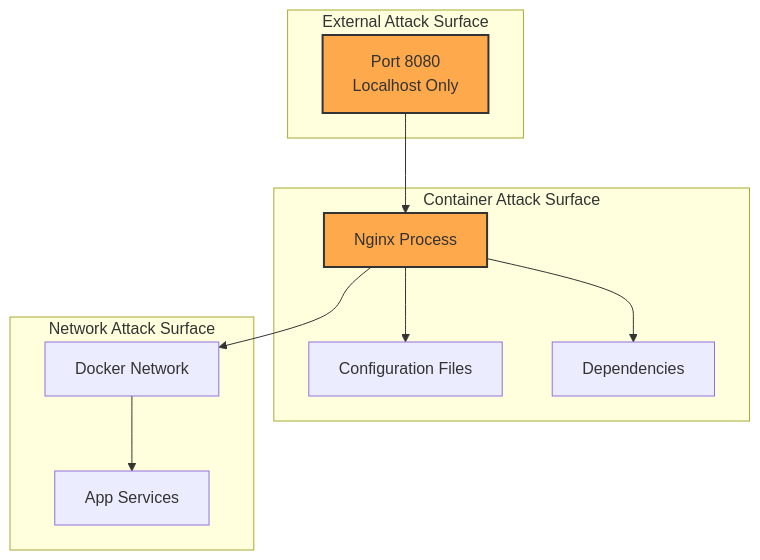
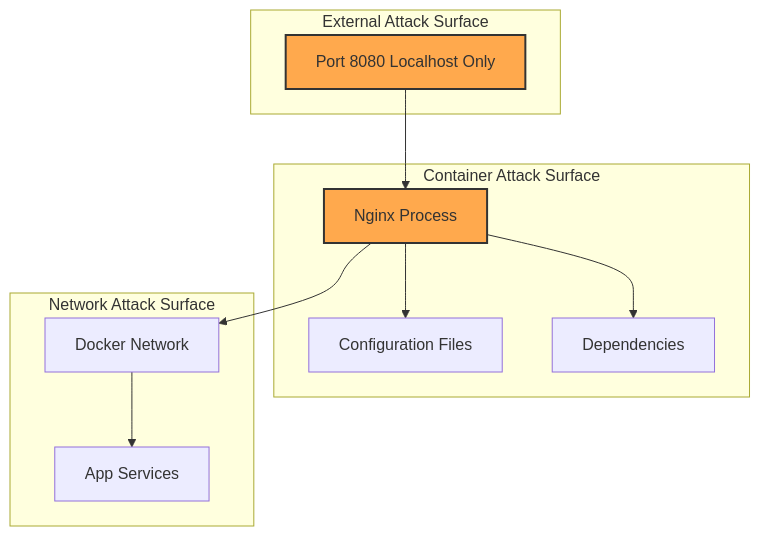
The third of 17 diagrams in wiki/Security.md (softwarewrighter/dev-proxy), drawn with Mermaid before and after one commit. The commit also changed other lines of this file and 6 other files, not shown here.

First line of the commit message:
Fix wiki Mermaid diagrams: remove <br/> tags

````diff
--- a/wiki/Security.md
+++ b/wiki/Security.md
@@ -85,26 +85,26 @@
 ```mermaid
 graph TB
     subgraph "External Attack Surface"
-        Port[Port 8080<br/>Localhost Only]
+        Port[Port 8080 Localhost Only]
     end
 
     subgraph "Container Attack Surface"
         Nginx[Nginx Process]
         Config[Configuration Files]
         Deps[Dependencies]
     end
 
     subgraph "Network Attack Surface"
         Docker[Docker Network]
         Services[App Services]
     end
 
     Port --> Nginx
     Nginx --> Config
     Nginx --> Deps
     Nginx --> Docker
     Docker --> Services
 
     style Port fill:#ffa94d,stroke:#333,stroke-width:2px
     style Nginx fill:#ffa94d,stroke:#333,stroke-width:2px
 ```
````
